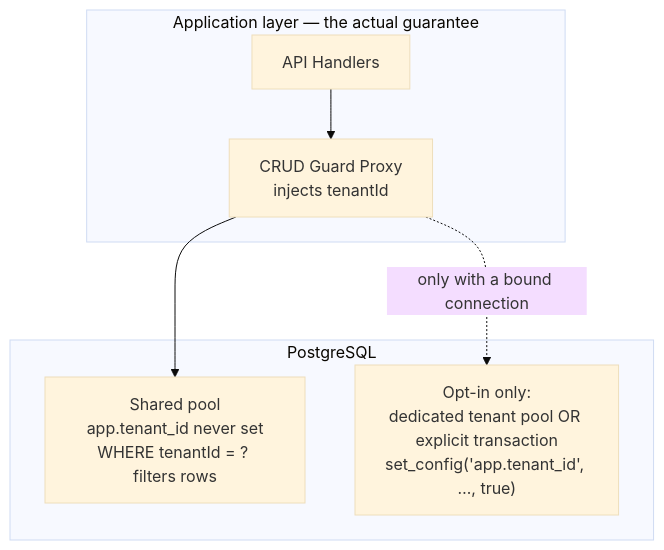
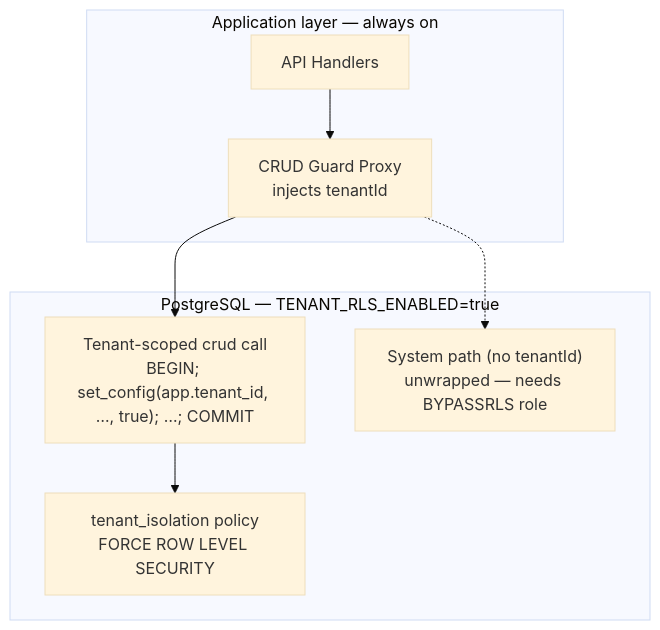
One commit to SveltyCMS/SveltyCMS changed the seventh of 8 diagrams in docs/reference/architecture/multi-tenancy.mdx. Above: the diagram before and after it, drawn with Mermaid (base theme). The commit also changed other lines of this file and 13 other files, not shown here.

````diff
--- a/docs/reference/architecture/multi-tenancy.mdx
+++ b/docs/reference/architecture/multi-tenancy.mdx
@@ -659,14 +676,16 @@
 ```mermaid
 graph TB
-    subgraph App["Application layer — the actual guarantee"]
+    subgraph App["Application layer — always on"]
         API[API Handlers]
         CRUD["CRUD Guard Proxy<br/>injects tenantId"]
     end
-    subgraph DB["PostgreSQL"]
-        SHARED["Shared pool<br/>app.tenant_id never set<br/>WHERE tenantId = ? filters rows"]
-        OPT["Opt-in only:<br/>dedicated tenant pool OR explicit transaction<br/>set_config('app.tenant_id', …, true)"]
+    subgraph DB["PostgreSQL — TENANT_RLS_ENABLED=true"]
+        TX["Tenant-scoped crud call<br/>BEGIN; set_config(app.tenant_id, …, true); …; COMMIT"]
+        POL["tenant_isolation policy<br/>FORCE ROW LEVEL SECURITY"]
+        SYS["System path (no tenantId)<br/>unwrapped — needs BYPASSRLS role"]
     end
     API --> CRUD
-    CRUD --> SHARED
-    CRUD -.->|only with a bound connection| OPT
+    CRUD --> TX
+    TX --> POL
+    CRUD -.-> SYS
 ```
````
